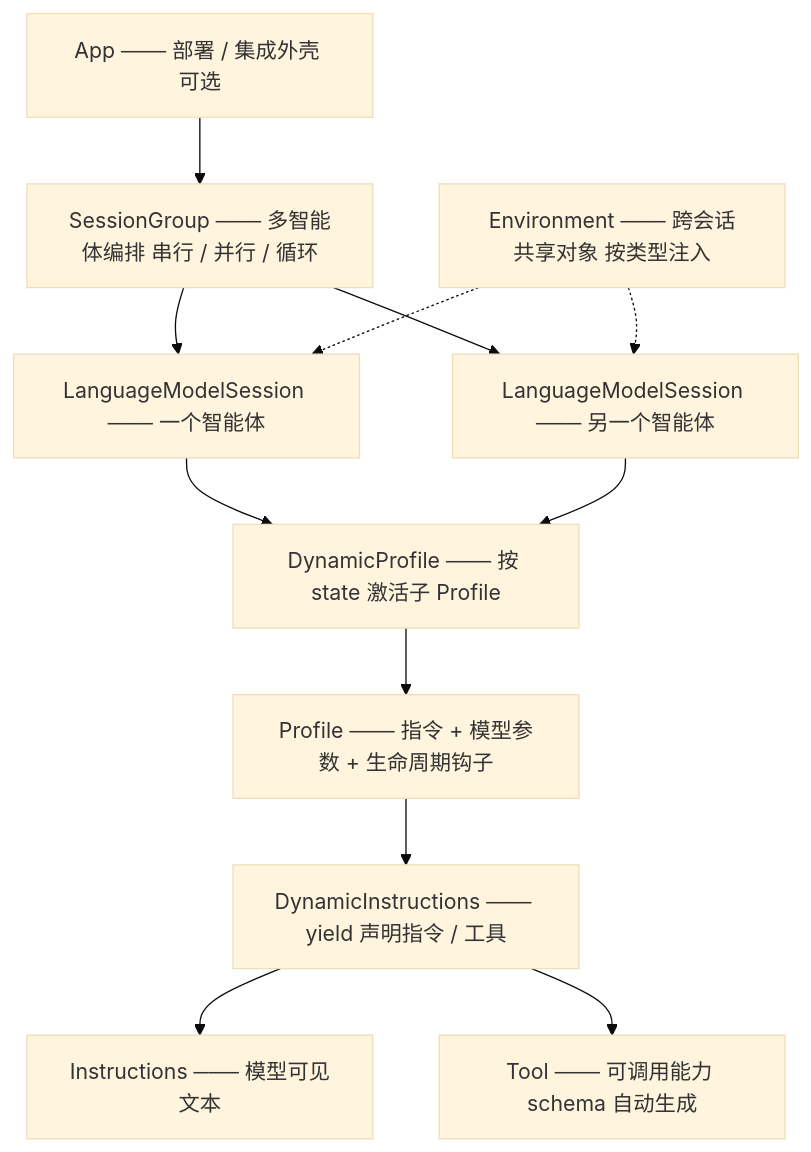
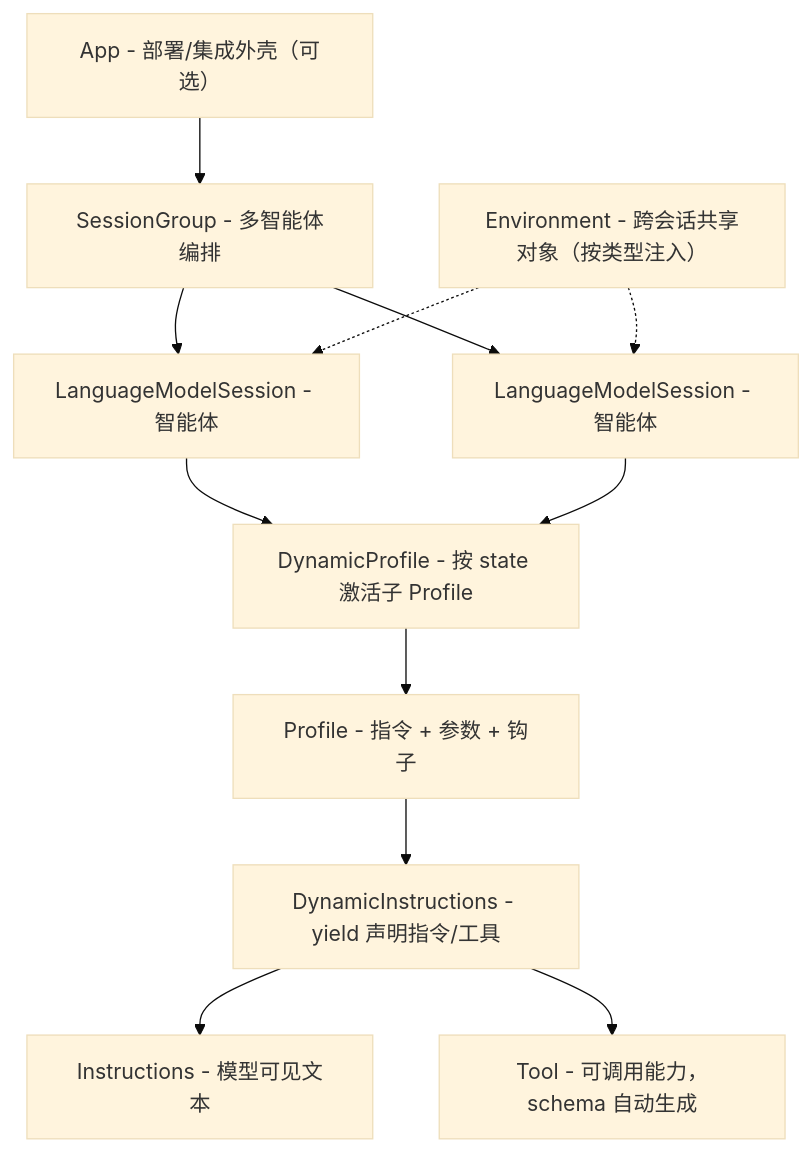
One commit to HawkonLi/yao_agent changed the diagram in README.md. Above: the diagram before and after it, drawn with Mermaid (base theme). The commit also changed other lines of this file, not shown here.

First line of the commit message:
Expand README quick-start to 6-step DSL: tool → instructions → profile → session → group → app

````diff
--- a/README.md
+++ b/README.md
@@ -27,25 +27,25 @@
 ```mermaid
-graph TB
-    APP[App ─── 部署 / 集成外壳 可选]
-    SG[SessionGroup ─── 多智能体编排 串行 / 并行 / 循环]
-    S1[LanguageModelSession ─── 一个智能体]
-    S2[LanguageModelSession ─── 另一个智能体]
-    DP[DynamicProfile ─── 按 state 激活子 Profile]
-    P[Profile ─── 指令 + 模型参数 + 生命周期钩子]
-    DI[DynamicInstructions ─── yield 声明指令 / 工具]
-    I[Instructions ─── 模型可见文本]
-    T[Tool ─── 可调用能力 schema 自动生成]
-    ENV[Environment ─── 跨会话共享对象 按类型注入]
+graph TD
+    APP["App - 部署/集成外壳（可选）"]
+    SG["SessionGroup - 多智能体编排"]
+    S1["LanguageModelSession - 智能体"]
+    S2["LanguageModelSession - 智能体"]
+    DP["DynamicProfile - 按 state 激活子 Profile"]
+    P["Profile - 指令 + 参数 + 钩子"]
+    DI["DynamicInstructions - yield 声明指令/工具"]
+    I["Instructions - 模型可见文本"]
+    T["Tool - 可调用能力，schema 自动生成"]
+    ENV["Environment - 跨会话共享对象（按类型注入）"]
 
     APP --> SG
     SG --> S1
     SG --> S2
     S1 --> DP
     S2 --> DP
     DP --> P
     P --> DI
     DI --> I
     DI --> T
     ENV -.-> S1
     ENV -.-> S2
 ```
````
